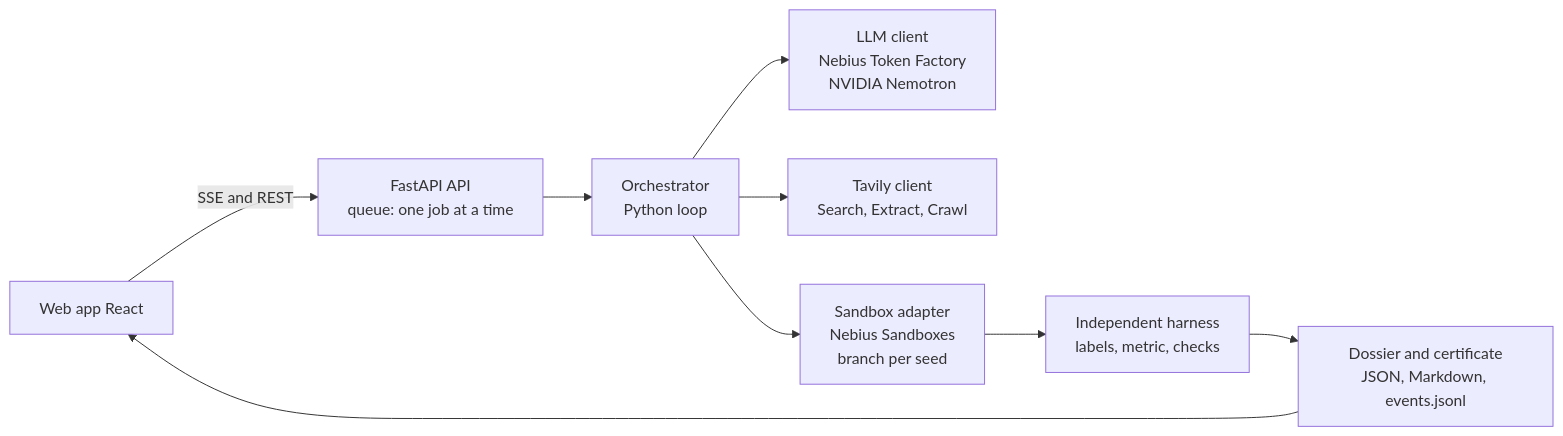
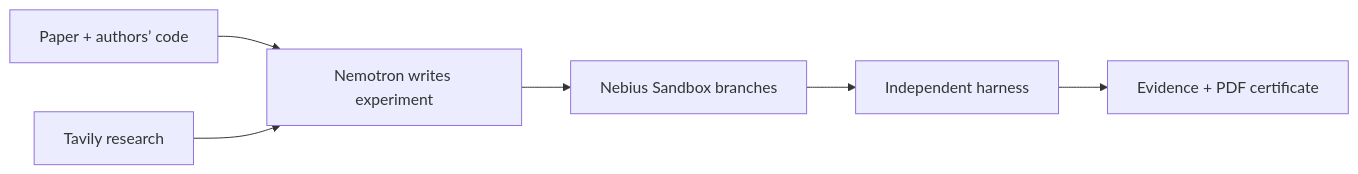
The diagram in README.md (Script-hpp/Nullius), drawn with Mermaid before and after one commit. The commit also changed other lines of this file and 26 other files, not shown here.

````diff
--- a/README.md
+++ b/README.md
@@ -165,11 +93,8 @@
 ```mermaid
 flowchart LR
-  U[Web app React] -->|SSE and REST| A[FastAPI API<br/>queue: one job at a time]
-  A --> O[Orchestrator<br/>Python loop]
-  O --> L[LLM client<br/>Nebius Token Factory<br/>NVIDIA Nemotron]
-  O --> T[Tavily client<br/>Search, Extract, Crawl]
-  O --> S[Sandbox adapter<br/>Nebius Sandboxes<br/>branch per seed]
-  S --> H[Independent harness<br/>labels, metric, checks]
-  H --> R[Dossier and certificate<br/>JSON, Markdown, events.jsonl]
-  R --> U
+    P[Paper + authors’ code] --> N[Nemotron writes experiment]
+    T[Tavily research] --> N
+    N --> S[Nebius Sandbox branches]
+    S --> H[Independent harness]
+    H --> E[Evidence + PDF certificate]
 ```
````
